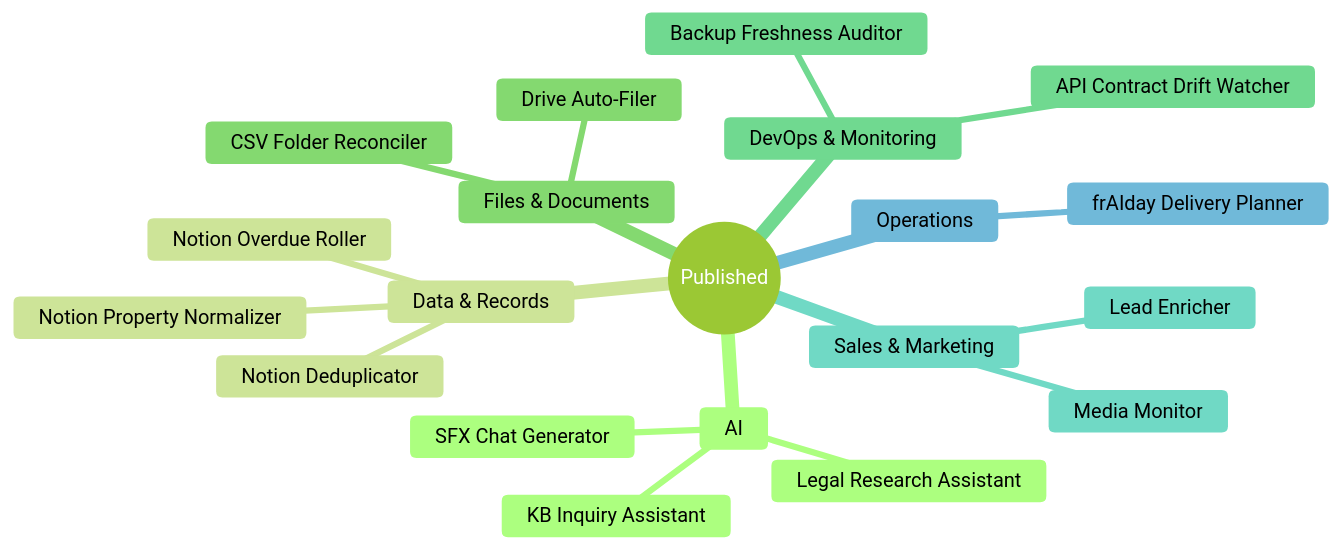
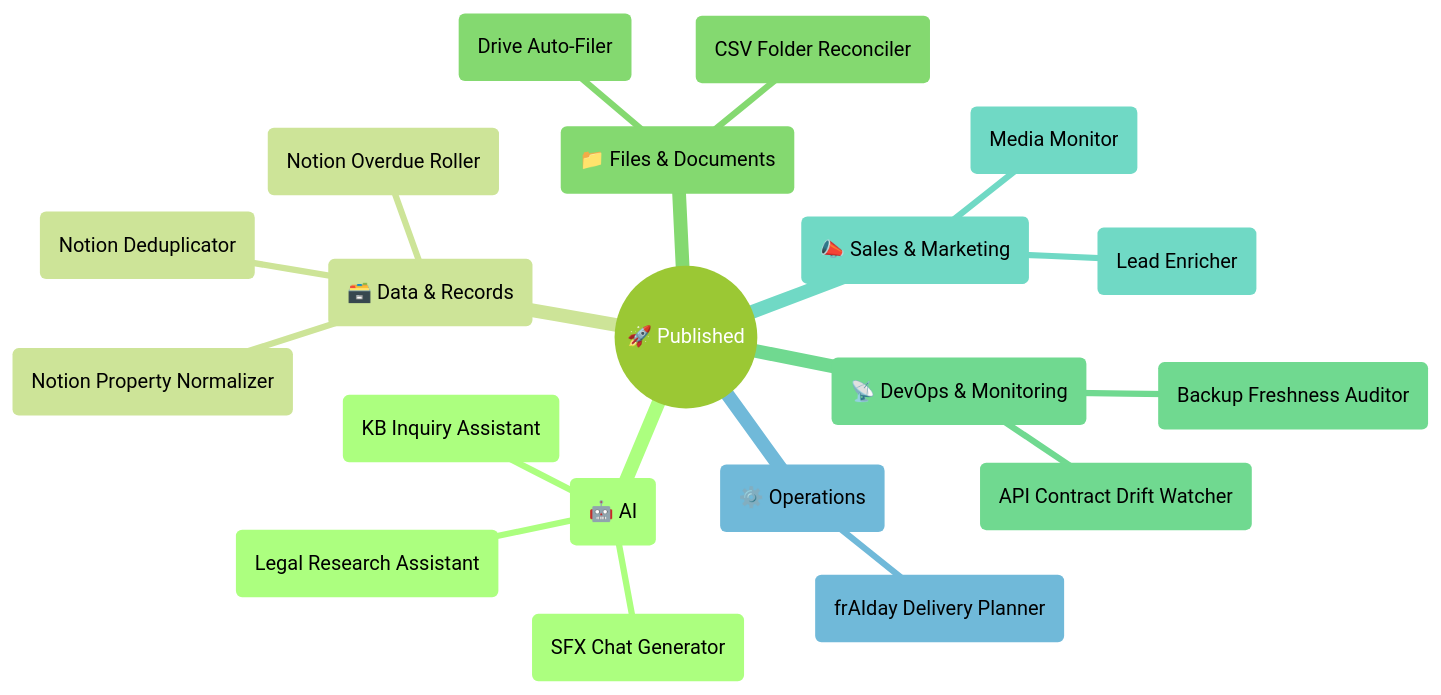
One commit to exekyute/n8n-exekyute-templates changed the diagram in README.md. Above: the diagram before and after it, drawn with Mermaid (forest theme).

Commit message:
Polish the Published mindmap with emoji and rounded nodes (#41)
Wrap every mindmap node in a rounded shape so branches render as colored
cards, and tag the root and each category with an emoji. Content and
structure are unchanged.

````diff
--- a/README.md
+++ b/README.md
@@ -9,23 +9,23 @@
 ```mermaid
 mindmap
-  root((Published))
-    AI
-      KB Inquiry Assistant
-      Legal Research Assistant
-      SFX Chat Generator
-    Data & Records
-      Notion Deduplicator
-      Notion Overdue Roller
-      Notion Property Normalizer
-    Files & Documents
-      CSV Folder Reconciler
-      Drive Auto-Filer
-    DevOps & Monitoring
-      API Contract Drift Watcher
-      Backup Freshness Auditor
-    Sales & Marketing
-      Lead Enricher
-      Media Monitor
-    Operations
-      frAIday Delivery Planner
+  root((🚀 Published))
+    (🤖 AI)
+      (KB Inquiry Assistant)
+      (Legal Research Assistant)
+      (SFX Chat Generator)
+    (🗃️ Data & Records)
+      (Notion Deduplicator)
+      (Notion Overdue Roller)
+      (Notion Property Normalizer)
+    (📁 Files & Documents)
+      (CSV Folder Reconciler)
+      (Drive Auto-Filer)
+    (📡 DevOps & Monitoring)
+      (API Contract Drift Watcher)
+      (Backup Freshness Auditor)
+    (📣 Sales & Marketing)
+      (Lead Enricher)
+      (Media Monitor)
+    (⚙️ Operations)
+      (frAIday Delivery Planner)
 ```
````
